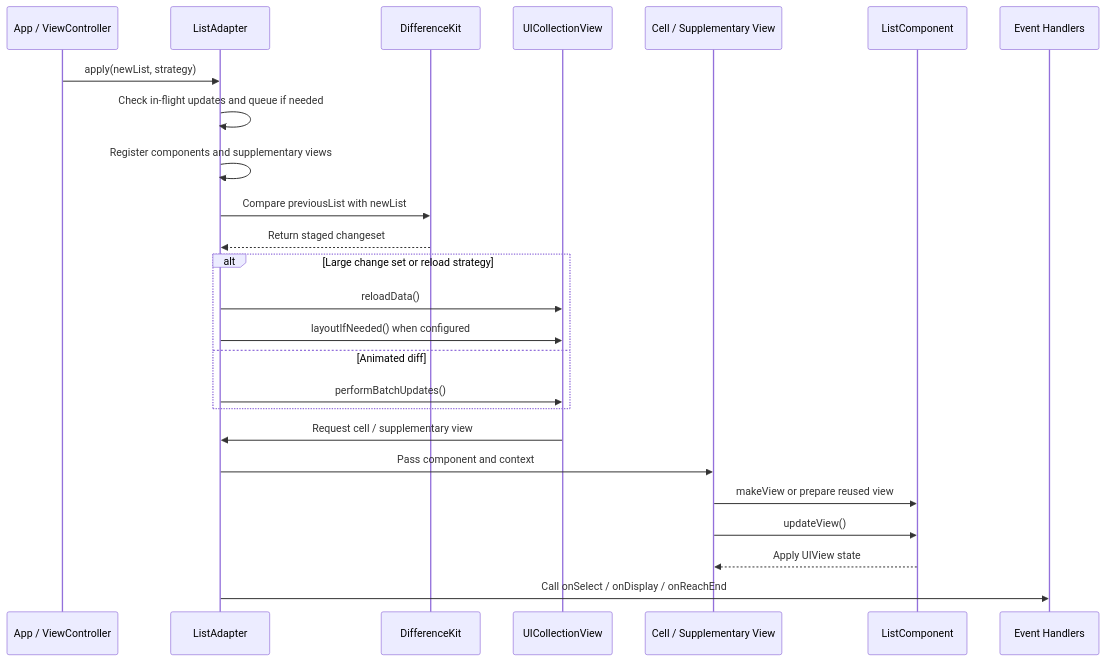
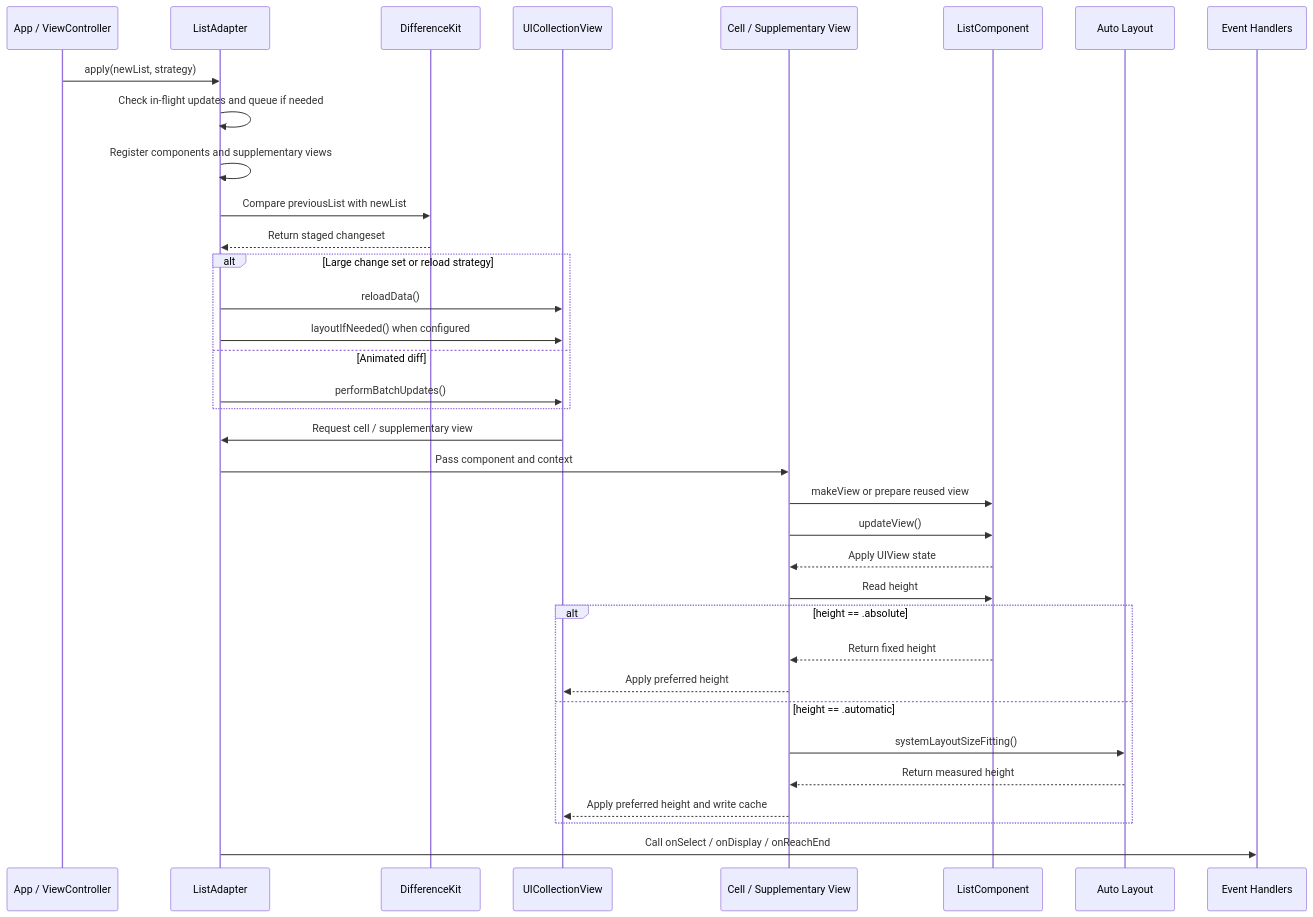
One commit to indextrown/CarbonListKit changed the second of 2 diagrams in README.en.md. Above: the diagram before and after it, drawn with Mermaid. The commit also changed other lines of this file and 9 other files, not shown here.

Commit message:
feat: ListComponentHeight 기능 추가

````diff
--- a/README.en.md
+++ b/README.en.md
@@ -821,30 +856,40 @@
 ```mermaid
 sequenceDiagram
   participant App as App / ViewController
   participant Adapter as ListAdapter
   participant Diff as DifferenceKit
   participant CV as UICollectionView
   participant Cell as Cell / Supplementary View
   participant Component as ListComponent
+  participant Layout as Auto Layout
   participant Event as Event Handlers
 
   App->>Adapter: apply(newList, strategy)
   Adapter->>Adapter: Check in-flight updates and queue if needed
   Adapter->>Adapter: Register components and supplementary views
   Adapter->>Diff: Compare previousList with newList
   Diff-->>Adapter: Return staged changeset
 
   alt Large change set or reload strategy
     Adapter->>CV: reloadData()
     Adapter->>CV: layoutIfNeeded() when configured
   else Animated diff
     Adapter->>CV: performBatchUpdates()
   end
 
   CV->>Adapter: Request cell / supplementary view
   Adapter->>Cell: Pass component and context
   Cell->>Component: makeView or prepare reused view
   Cell->>Component: updateView()
   Component-->>Cell: Apply UIView state
+  Cell->>Component: Read height
+  alt height == .absolute
+    Component-->>Cell: Return fixed height
+    Cell-->>CV: Apply preferred height
+  else height == .automatic
+    Cell->>Layout: systemLayoutSizeFitting()
+    Layout-->>Cell: Return measured height
+    Cell-->>CV: Apply preferred height and write cache
+  end
   Adapter->>Event: Call onSelect / onDisplay / onReachEnd
 ```
````
